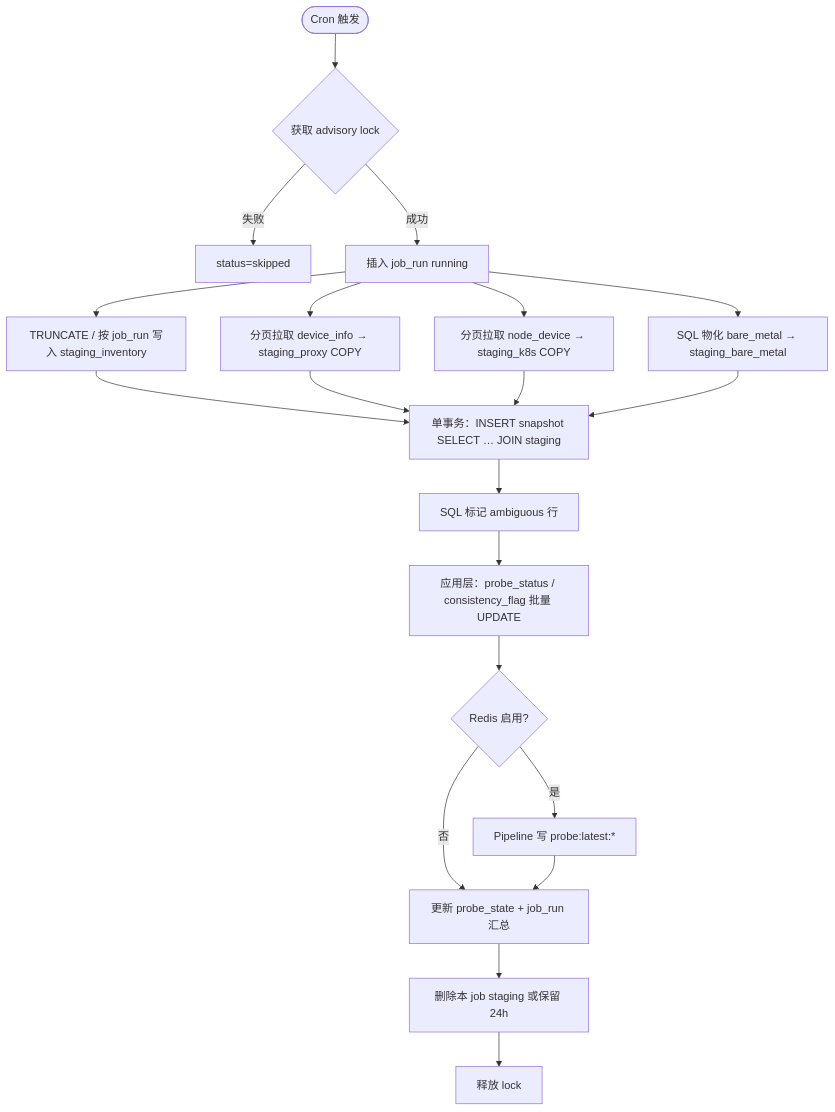
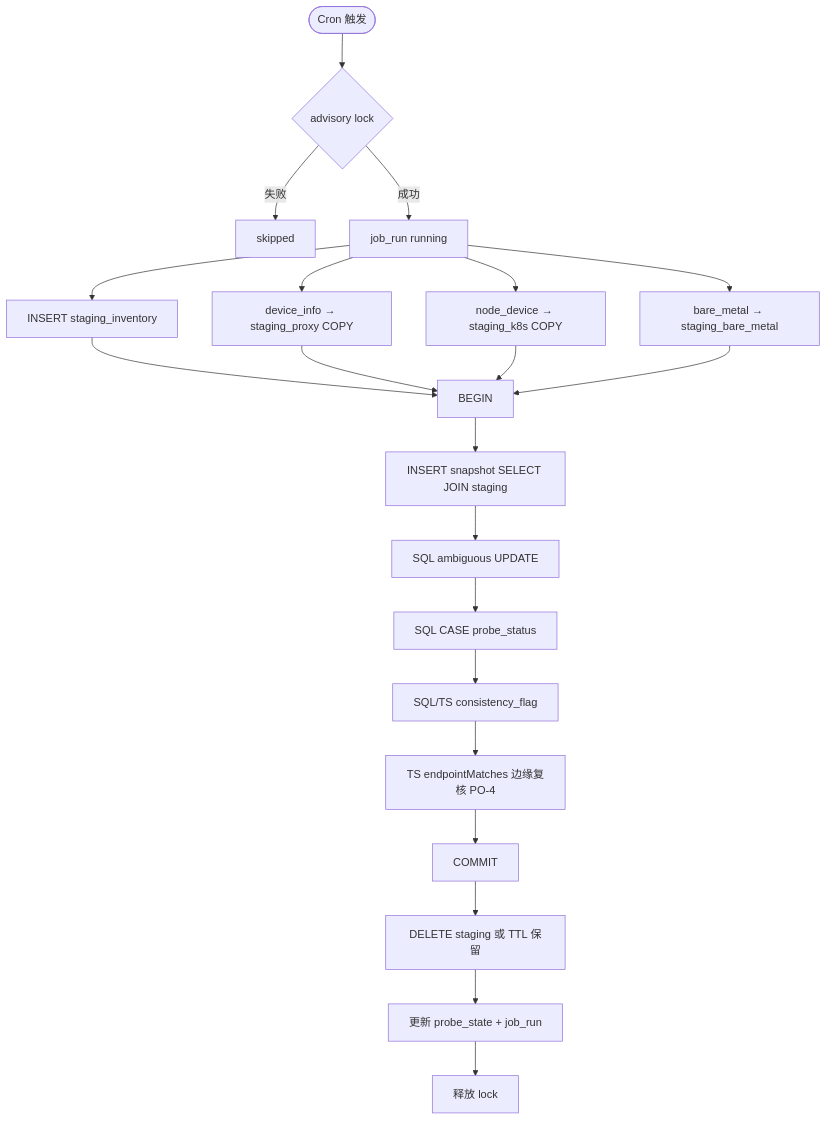
One commit to metacode0602/opencomfy-hub changed the diagram in apps/web/content/design/supplier-device-platform-probe-design.md. Above: the diagram before and after it, drawn with Mermaid. The commit also changed other lines of this file and 35 other files, not shown here.

Commit message:
feat(apps-base): finish device probe

````diff
--- a/apps/web/content/design/supplier-device-platform-probe-design.md
+++ b/apps/web/content/design/supplier-device-platform-probe-design.md
@@ -327,22 +398,23 @@
 ```mermaid
 flowchart TB
-  START([Cron 触发]) --> LOCK{获取 advisory lock}
-  LOCK -->|失败| SKIP[status=skipped]
-  LOCK -->|成功| RUN[插入 job_run running]
-  RUN --> STG0[TRUNCATE / 按 job_run 写入 staging_inventory]
-  RUN --> API1[分页拉取 device_info → staging_proxy COPY]
-  RUN --> API2[分页拉取 node_device → staging_k8s COPY]
-  RUN --> STG3[SQL 物化 bare_metal → staging_bare_metal]
-  STG0 --> SQL[单事务：INSERT snapshot SELECT … JOIN staging]
-  API1 --> SQL
-  API2 --> SQL
-  STG3 --> SQL
-  SQL --> AMB[SQL 标记 ambiguous 行]
-  AMB --> APP[应用层：probe_status / consistency_flag 批量 UPDATE]
-  APP --> REDIS{Redis 启用?}
-  REDIS -->|是| CACHE[Pipeline 写 probe:latest:*]
-  REDIS -->|否| STATE
-  CACHE --> STATE[更新 probe_state + job_run 汇总]
-  STATE --> CLEAN[删除本 job staging 或保留 24h]
-  CLEAN --> UNLOCK[释放 lock]
+  START([Cron 触发]) --> LOCK{advisory lock}
+  LOCK -->|失败| SKIP[skipped]
+  LOCK -->|成功| RUN[job_run running]
+  RUN --> STG0[INSERT staging_inventory]
+  RUN --> API1[device_info → staging_proxy COPY]
+  RUN --> API2[node_device → staging_k8s COPY]
+  RUN --> STG3[bare_metal → staging_bare_metal]
+  STG0 --> TX[BEGIN]
+  API1 --> TX
+  API2 --> TX
+  STG3 --> TX
+  TX --> SQL[INSERT snapshot SELECT JOIN staging]
+  SQL --> AMB[SQL ambiguous UPDATE]
+  AMB --> PS[SQL CASE probe_status]
+  PS --> CF[SQL/TS consistency_flag]
+  CF --> EP[TS endpointMatches 边缘复核 PO-4]
+  EP --> COMMIT[COMMIT]
+  COMMIT --> CLEAN[DELETE staging 或 TTL 保留]
+  CLEAN --> STATE[更新 probe_state + job_run]
+  STATE --> UNLOCK[释放 lock]
 ```
````
